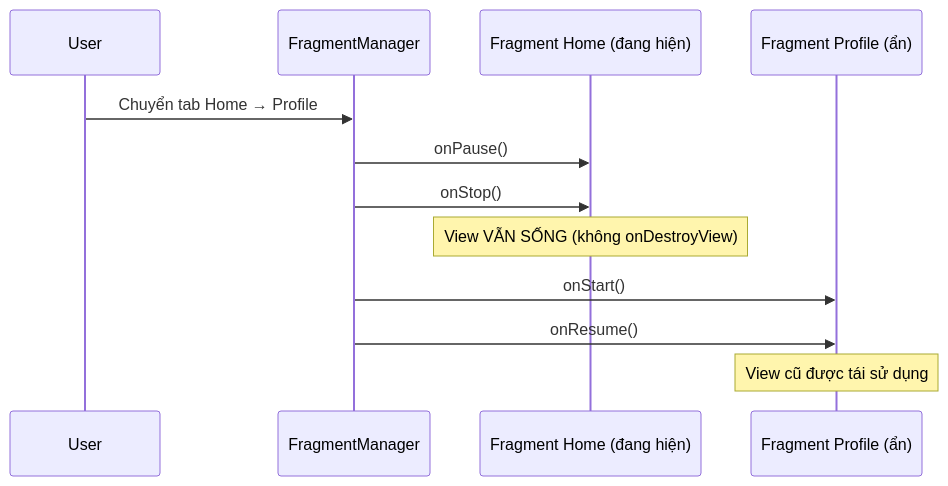
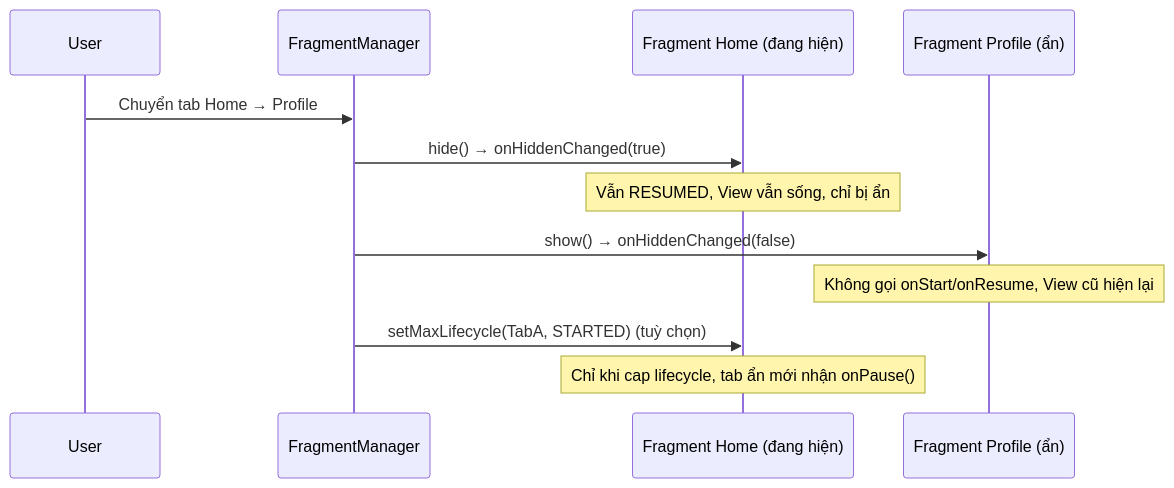
Before and after one commit to h1eu/knowledge: the fifth of 5 diagrams in knowledge/android/docs/session_04/components/fragment/lifecycle.md, drawn with Mermaid. The commit also changed other lines of this file and 76 other files, not shown here.

First line of the commit message:
docs(android): add Compose Overview, fix S01–S05 facts and diagrams

````diff
--- a/knowledge/android/docs/session_04/components/fragment/lifecycle.md
+++ b/knowledge/android/docs/session_04/components/fragment/lifecycle.md
@@ -294,15 +296,15 @@
 ```mermaid
 sequenceDiagram
     participant User
     participant FM as FragmentManager
     participant TabA as Fragment Home (đang hiện)
     participant TabB as Fragment Profile (ẩn)
 
     User->>FM: Chuyển tab Home → Profile
-    FM->>TabA: onPause()
-    FM->>TabA: onStop()
-    Note over TabA: View VẪN SỐNG (không onDestroyView)
-    FM->>TabB: onStart()
-    FM->>TabB: onResume()
-    Note over TabB: View cũ được tái sử dụng
+    FM->>TabA: hide() → onHiddenChanged(true)
+    Note over TabA: Vẫn RESUMED, View vẫn sống, chỉ bị ẩn
+    FM->>TabB: show() → onHiddenChanged(false)
+    Note over TabB: Không gọi onStart/onResume, View cũ hiện lại
+    FM->>TabA: setMaxLifecycle(TabA, STARTED) (tuỳ chọn)
+    Note over TabA: Chỉ khi cap lifecycle, tab ẩn mới nhận onPause()
 ```
````
